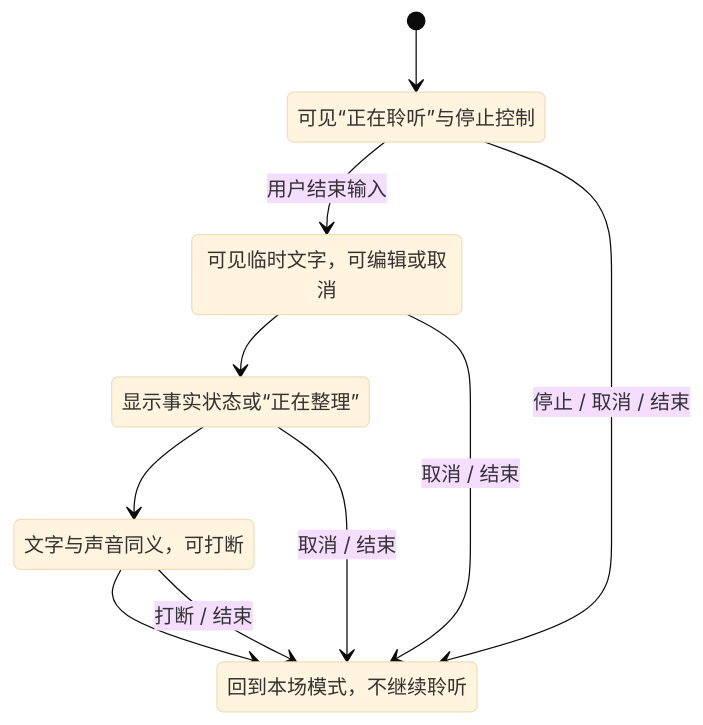
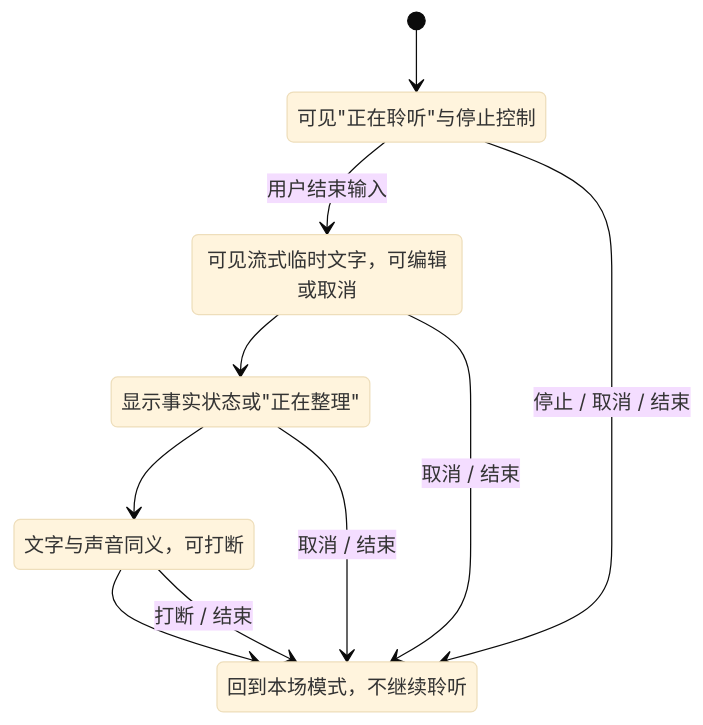
The third of 4 diagrams in docs/球球全套资料/4.产品设计/25-实时语音陪看体验设计.md (weiz98417-crypto/qiuqiu), drawn with Mermaid (base theme) before and after one commit. The commit also changed other lines of this file and 49 other files, not shown here.

````diff
--- a/docs/球球全套资料/4.产品设计/25-实时语音陪看体验设计.md
+++ b/docs/球球全套资料/4.产品设计/25-实时语音陪看体验设计.md
@@ -406,17 +364,17 @@
 ```mermaid
 stateDiagram-v2
     [*] --> 聆听中
-    聆听中: 可见“正在聆听”与停止控制
+    聆听中: 可见"正在聆听"与停止控制
     聆听中 --> 转写中: 用户结束输入
-    转写中: 可见临时文字，可编辑或取消
+    转写中: 可见流式临时文字，可编辑或取消
     转写中 --> 核对中
-    核对中: 显示事实状态或“正在整理”
+    核对中: 显示事实状态或"正在整理"
     核对中 --> 回应中
     回应中: 文字与声音同义，可打断
     回应中 --> 已结束
     已结束: 回到本场模式，不继续聆听
     聆听中 --> 已结束: 停止 / 取消 / 结束
     转写中 --> 已结束: 取消 / 结束
     核对中 --> 已结束: 取消 / 结束
     回应中 --> 已结束: 打断 / 结束
 ```
````
